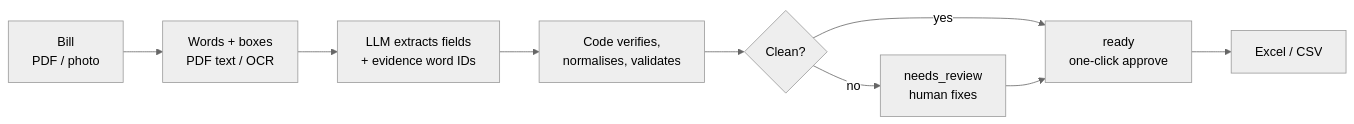
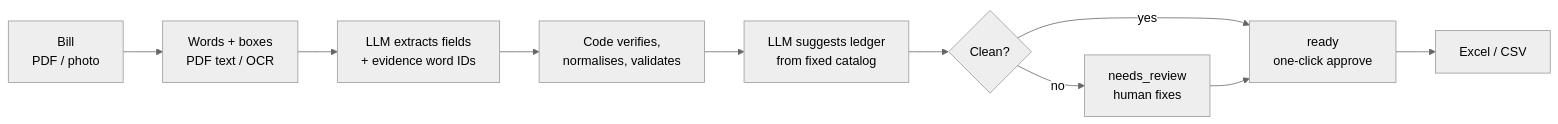
Before and after one commit to indiragothi/invoice-review: the diagram in README.md, drawn with Mermaid (neutral theme). The commit also changed other lines of this file and 14 other files, not shown here.

````diff
--- a/README.md
+++ b/README.md
@@ -11,11 +11,12 @@
 ```mermaid
 flowchart LR
     A["Bill<br/>PDF / photo"] --> B["Words + boxes<br/>PDF text / OCR"]
     B --> C["LLM extracts fields<br/>+ evidence word IDs"]
     C --> D["Code verifies,<br/>normalises, validates"]
-    D --> E{"Clean?"}
+    D --> L["LLM suggests ledger<br/>from fixed catalog"]
+    L --> E{"Clean?"}
     E -- yes --> F["ready<br/>one-click approve"]
     E -- no --> G["needs_review<br/>human fixes"]
     F --> H["Excel / CSV"]
     G --> F
 ```
````
